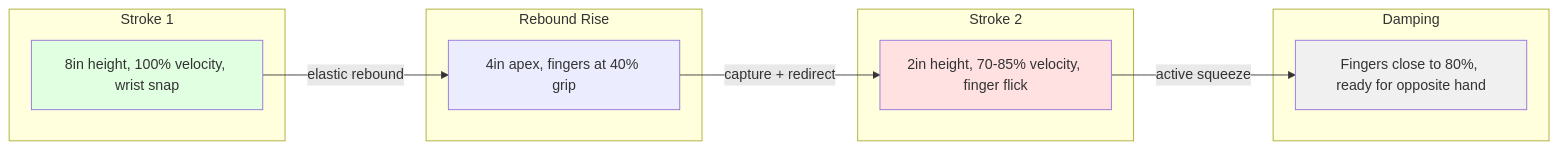
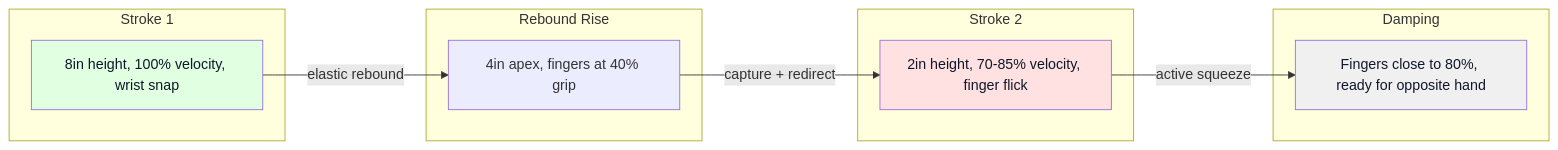
Before and after one commit to blebleblee/synapse: the third of 5 diagrams in topics/arts/music_performance/drums/lesson_02_four_limb_independence.md, drawn with Mermaid. The commit also changed other lines of this file and 1464 other files, not shown here.

Commit message:
feat(release): curriculum vector mermaid upgrade, render hardening, and master synpack

````diff
--- a/topics/arts/music_performance/drums/lesson_02_four_limb_independence.md
+++ b/topics/arts/music_performance/drums/lesson_02_four_limb_independence.md
@@ -159,23 +159,23 @@
 ```mermaid
 graph LR
     subgraph sub_first ["Stroke 1"]
         first["8in height, 100% velocity, wrist snap"]
     end
     subgraph sub_rebound ["Rebound Rise"]
         rebound["4in apex, fingers at 40% grip"]
     end
     subgraph sub_second ["Stroke 2"]
         second["2in height, 70-85% velocity, finger flick"]
     end
     subgraph sub_rest ["Damping"]
         rest["Fingers close to 80%, ready for opposite hand"]
     end
 
     first -->|"elastic rebound"| rebound
     rebound -->|"capture + redirect"| second
     second -->|"active squeeze"| rest
 
-    style first fill:#e1ffe1
-    style second fill:#ffe1e1
-    style rest fill:#f0f0f0
+    style first fill:#e1ffe1,color:#0f172a
+    style second fill:#ffe1e1,color:#0f172a
+    style rest fill:#f0f0f0,color:#0f172a
 ```
````
